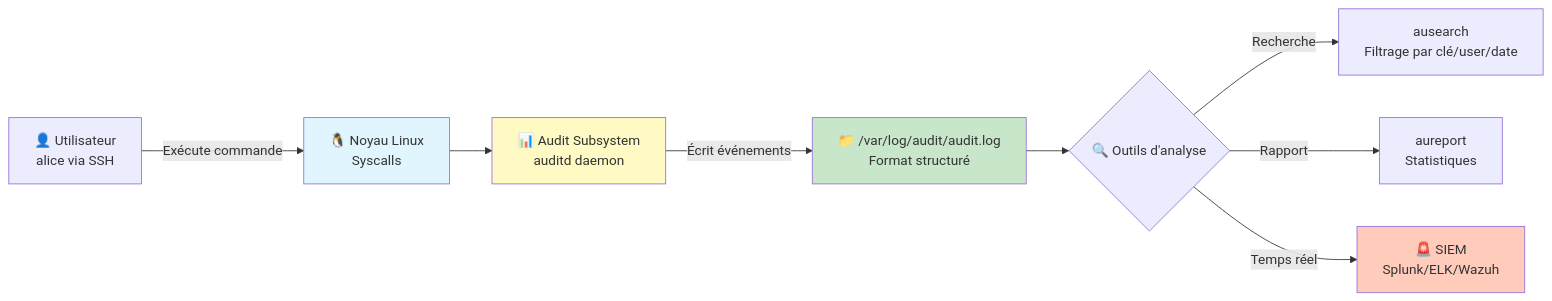
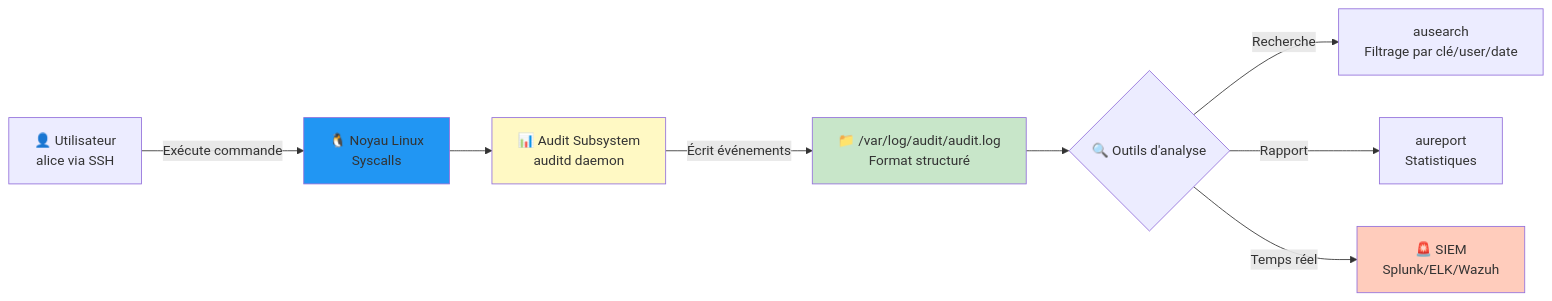
Before and after one commit to VBlackJack/ShellBook: the diagram in docs/formations/linux-hardening/04-module.md, drawn with Mermaid. The commit also changed other lines of this file and 337 other files, not shown here.

First line of the commit message:
refactor(docs): Standardize code blocks and Mermaid colors

````diff
--- a/docs/formations/linux-hardening/04-module.md
+++ b/docs/formations/linux-hardening/04-module.md
@@ -134,20 +134,20 @@
 ```mermaid
 flowchart LR
     User[👤 Utilisateur<br/>alice via SSH]
     User -->|Exécute commande| Kernel[🐧 Noyau Linux<br/>Syscalls]
 
     Kernel --> Audit[📊 Audit Subsystem<br/>auditd daemon]
 
     Audit -->|Écrit événements| LogFile[📁 /var/log/audit/audit.log<br/>Format structuré]
 
     LogFile --> Tools{🔍 Outils d'analyse}
 
     Tools -->|Recherche| Ausearch[ausearch<br/>Filtrage par clé/user/date]
     Tools -->|Rapport| Aureport[aureport<br/>Statistiques]
     Tools -->|Temps réel| SIEM[🚨 SIEM<br/>Splunk/ELK/Wazuh]
 
-    style Kernel fill:#e1f5ff
+    style Kernel fill:#2196F3
     style Audit fill:#fff9c4
     style LogFile fill:#c8e6c9
     style SIEM fill:#ffccbc
 ```
````
